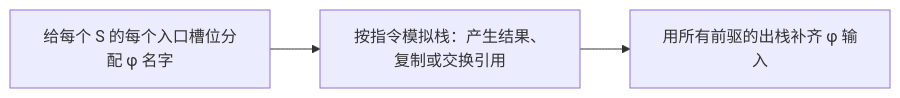
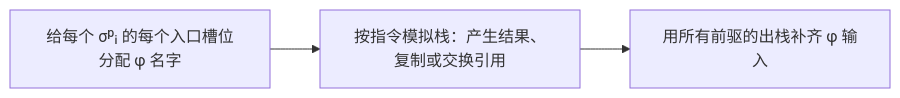
The second of 2 diagrams in docs/04-ssa.md (ethever/evm-abstract-lab), drawn with Mermaid before and after one commit. The commit also changed other lines of this file and 109 other files, not shown here.

````diff
--- a/docs/04-ssa.md
+++ b/docs/04-ssa.md
@@ -165,5 +165,5 @@
 ```mermaid
 flowchart LR
-    A["给每个 S 的每个入口槽位分配 φ 名字"] --> B["按指令模拟栈：产生结果、复制或交换引用"]
+    A["给每个 σᵖᵢ 的每个入口槽位分配 φ 名字"] --> B["按指令模拟栈：产生结果、复制或交换引用"]
     B --> C["用所有前驱的出栈补齐 φ 输入"]
 ```
````
